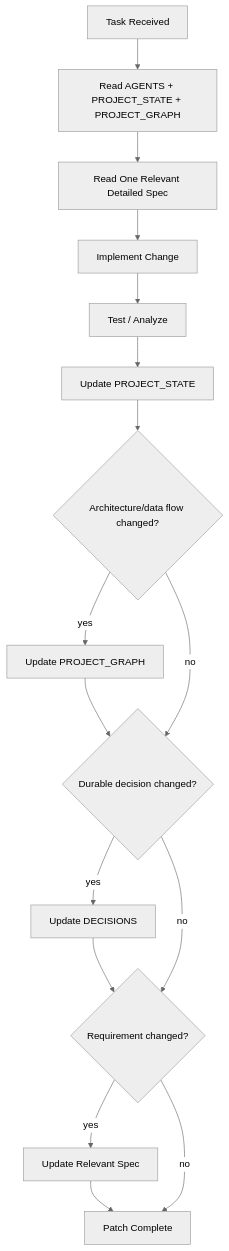
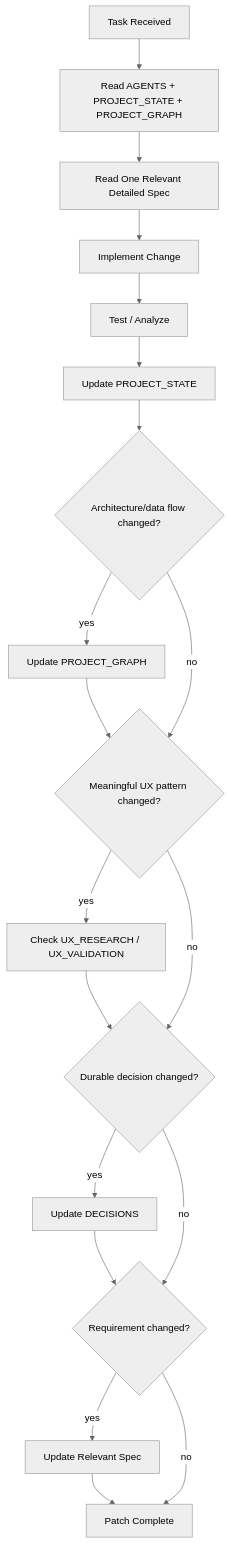
One commit to aaditya140103/kola changed diagram 14 of 14 in docs/PROJECT_GRAPH.md. Above: the diagram before and after it, drawn with Mermaid (neutral theme). The commit also changed other lines of this file, not shown here.

Commit message:
docs: add evidence-based UX loop to project graph

````diff
--- a/docs/PROJECT_GRAPH.md
+++ b/docs/PROJECT_GRAPH.md
@@ -274,24 +337,28 @@
 ```mermaid
 flowchart TD
     Task[Task Received]
     Read[Read AGENTS + PROJECT_STATE + PROJECT_GRAPH]
     Spec[Read One Relevant Detailed Spec]
     Change[Implement Change]
     Test[Test / Analyze]
     State[Update PROJECT_STATE]
     Arch{Architecture/data flow changed?}
+    UX{Meaningful UX pattern changed?}
     Decision{Durable decision changed?}
     Req{Requirement changed?}
     Graph[Update PROJECT_GRAPH]
+    Validate[Check UX_RESEARCH / UX_VALIDATION]
     ADR[Update DECISIONS]
     Detail[Update Relevant Spec]
     Done[Patch Complete]
 
     Task --> Read --> Spec --> Change --> Test --> State --> Arch
-    Arch -- yes --> Graph --> Decision
-    Arch -- no --> Decision
+    Arch -- yes --> Graph --> UX
+    Arch -- no --> UX
+    UX -- yes --> Validate --> Decision
+    UX -- no --> Decision
     Decision -- yes --> ADR --> Req
     Decision -- no --> Req
     Req -- yes --> Detail --> Done
     Req -- no --> Done
 ```
````
